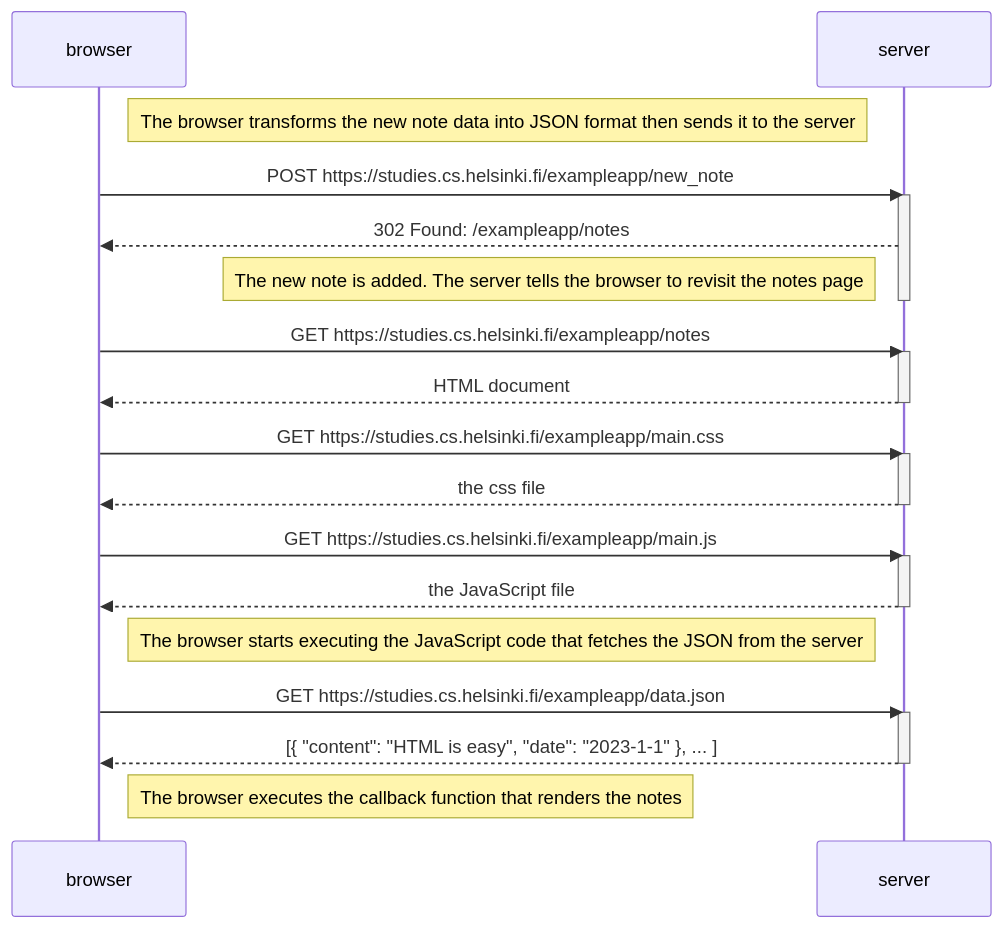
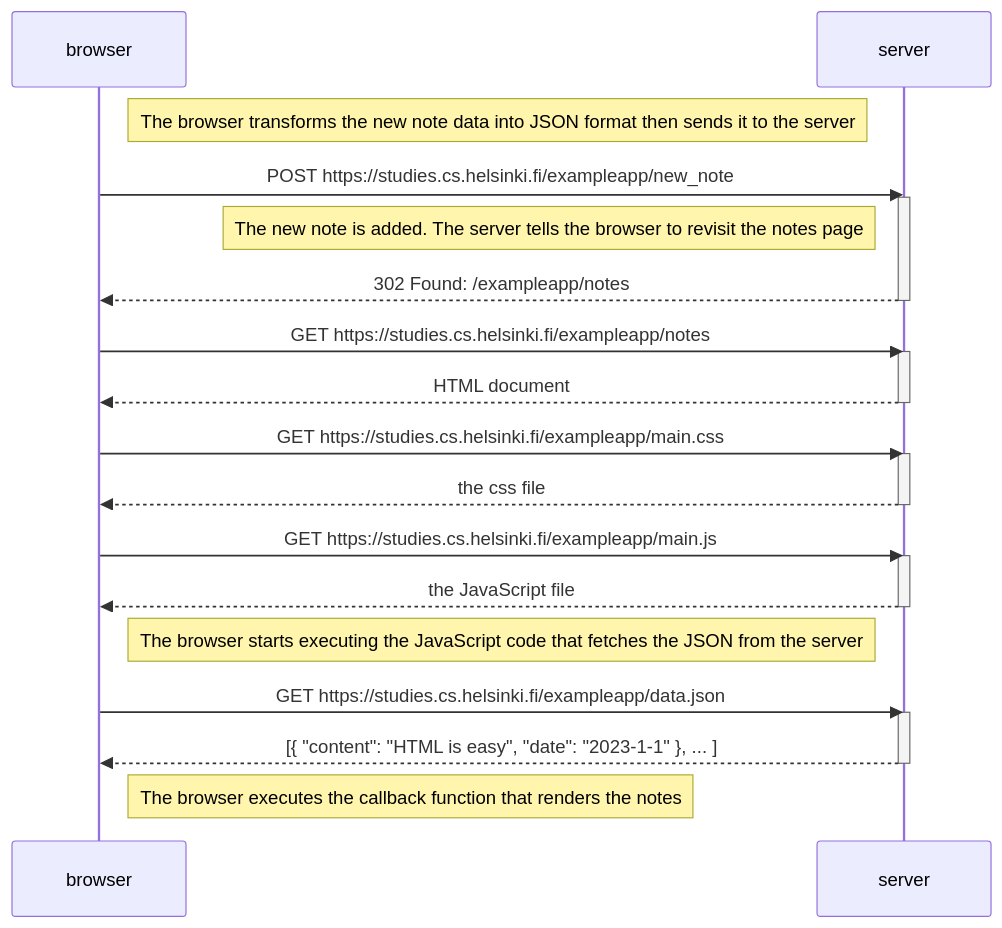
The diagram in part0/0.4.md (tunggnu/fullstackopen2024), drawn with Mermaid before and after one commit. The commit also changed other lines of this file, not shown here.

````diff
--- a/part0/0.4.md
+++ b/part0/0.4.md
@@ -3,37 +3,37 @@
 ```mermaid
 sequenceDiagram
     participant browser
     participant server
 
     Note right of browser: The browser transforms the new note data into JSON format then sends it to the server
 
     browser->>server: POST https://studies.cs.helsinki.fi/exampleapp/new_note
     activate server
+    Note left of server: The new note is added. The server tells the browser to revisit the notes page
     server-->>browser: 302 Found: /exampleapp/notes
-    Note left of server: The new note is added. The server tells the browser to revisit the notes page
     deactivate server
 
     browser->>server: GET https://studies.cs.helsinki.fi/exampleapp/notes
     activate server
     server-->>browser: HTML document
     deactivate server
 
     browser->>server: GET https://studies.cs.helsinki.fi/exampleapp/main.css
     activate server
     server-->>browser: the css file
     deactivate server
 
     browser->>server: GET https://studies.cs.helsinki.fi/exampleapp/main.js
     activate server
     server-->>browser: the JavaScript file
     deactivate server
 
     Note right of browser: The browser starts executing the JavaScript code that fetches the JSON from the server
 
     browser->>server: GET https://studies.cs.helsinki.fi/exampleapp/data.json
     activate server
     server-->>browser: [{ "content": "HTML is easy", "date": "2023-1-1" }, ... ]
     deactivate server
 
     Note right of browser: The browser executes the callback function that renders the notes
 ```
````
